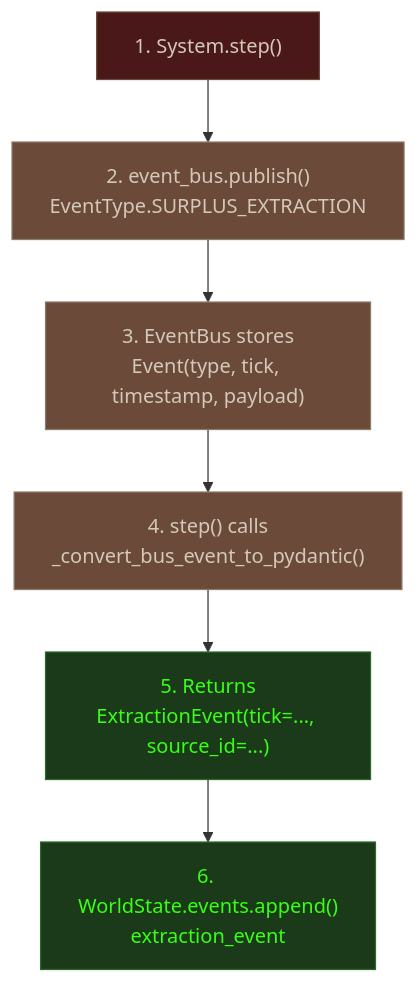
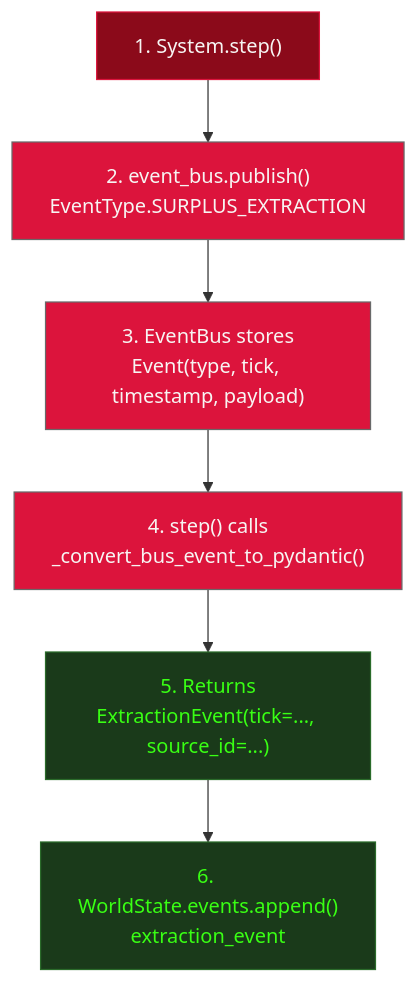
The second of 3 diagrams in docs/concepts/event-system.rst (percy-raskova/babylon), drawn with Mermaid before and after one commit. The commit also changed other lines of this file and 7 other files, not shown here.

First line of the commit message:
style(docs): replace Necropolis Codex theme with Luxe Gothic palette

```diff
--- a/docs/concepts/event-system.rst
+++ b/docs/concepts/event-system.rst
@@ -142,17 +142,17 @@
 .. mermaid::
 
    flowchart TB
        A["1. System.step()"] --> B["2. event_bus.publish()<br/>EventType.SURPLUS_EXTRACTION"]
        B --> C["3. EventBus stores<br/>Event(type, tick, timestamp, payload)"]
        C --> D["4. step() calls<br/>_convert_bus_event_to_pydantic()"]
        D --> E["5. Returns<br/>ExtractionEvent(tick=..., source_id=...)"]
        E --> F["6. WorldState.events.append()<br/>extraction_event"]
 
-   %% Necropolis Codex styling
-   classDef system fill:#4A1818,stroke:#6B4A3A,color:#D4C9B8
-   classDef bus fill:#6B4A3A,stroke:#8B7B6B,color:#D4C9B8
+   %% Luxe Gothic styling
+   classDef system fill:#8B0A1A,stroke:#DC143C,color:#F7F5F3
+   classDef bus fill:#DC143C,stroke:#696969,color:#F7F5F3
    classDef state fill:#1A3A1A,stroke:#2A6B2A,color:#39FF14
 
    class A system
    class B,C,D bus
    class E,F state
```
